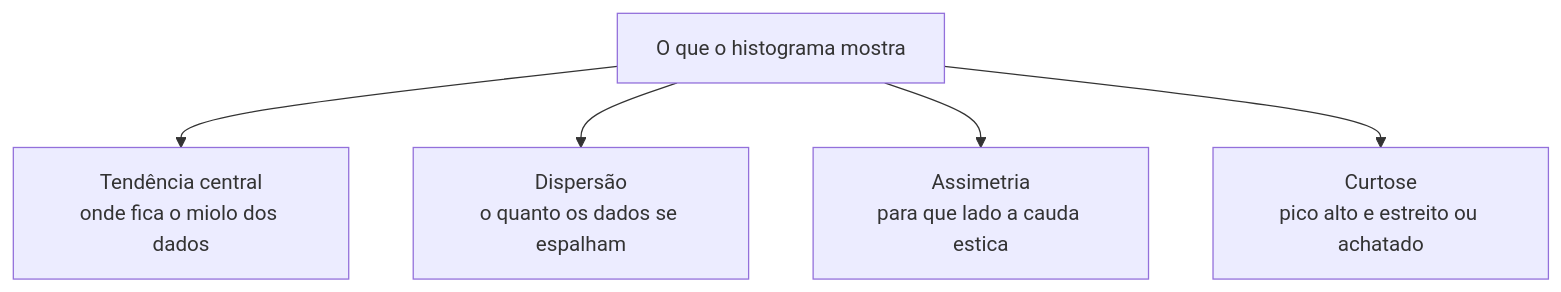
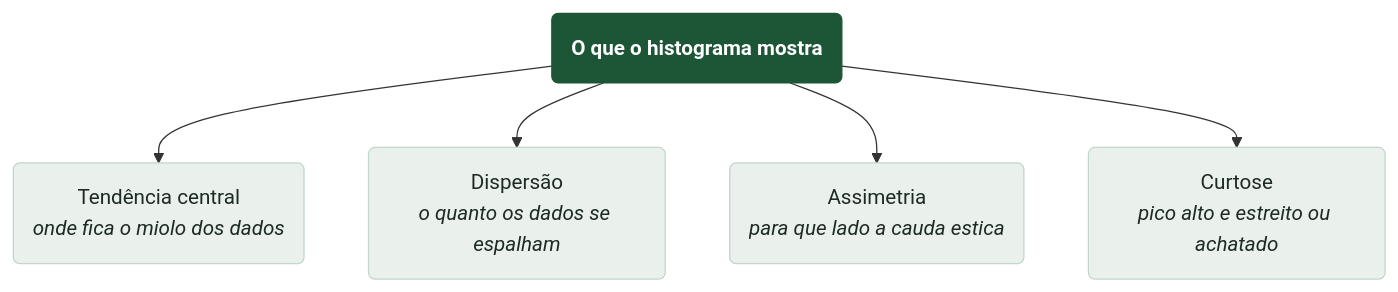
Before and after one commit to klein-natan/IA-Dados-GitBook: the second of 3 diagrams in aula-04-analise-dados-continuos/README.md, drawn with Mermaid. The commit also changed other lines of this file and 4 other files, not shown here.

````diff
--- a/aula-04-analise-dados-continuos/README.md
+++ b/aula-04-analise-dados-continuos/README.md
@@ -99,8 +106,13 @@
 ```mermaid
+%%{init:{"theme":"base","themeVariables":{"fontFamily":"Inter,'Segoe UI','Liberation Sans',Helvetica,Arial,sans-serif","fontSize":"15px","primaryColor":"#F4F2EE","primaryTextColor":"#1E2A25","primaryBorderColor":"#CBD8D0","lineColor":"#8A9A90","secondaryColor":"#EDF2EE","tertiaryColor":"#FFFFFF","clusterBkg":"#F8F7F4","clusterBorder":"#E2DED7","edgeLabelBackground":"#FFFFFF"},"flowchart":{"nodeSpacing":28,"rankSpacing":38,"padding":14,"curve":"basis"}}}%%
 flowchart TD
-    H["O que o histograma mostra"]
-    H --> A["Tendência central<br/>onde fica o miolo dos dados"]
-    H --> B["Dispersão<br/>o quanto os dados se espalham"]
-    H --> C["Assimetria<br/>para que lado a cauda estica"]
-    H --> D["Curtose<br/>pico alto e estreito ou achatado"]
+    H("<b>O que o histograma mostra</b>")
+    H --> A("Tendência central<br/><i>onde fica o miolo dos dados</i>")
+    H --> B("Dispersão<br/><i>o quanto os dados se espalham</i>")
+    H --> C("Assimetria<br/><i>para que lado a cauda estica</i>")
+    H --> D("Curtose<br/><i>pico alto e estreito ou achatado</i>")
+    classDef destaque fill:#1D5537,stroke:#1D5537,color:#FFFFFF;
+    classDef nevoa fill:#EAF1EC,stroke:#C3D6CA,color:#1E2A25;
+    class H destaque
+    class A,B,C,D nevoa
 ```
````
